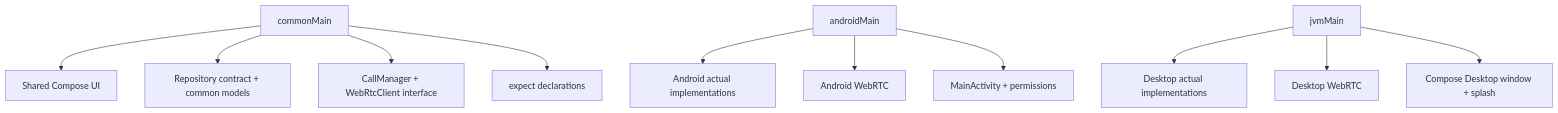
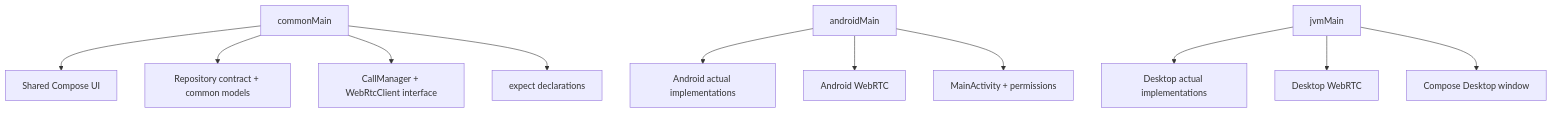
Before and after one commit to AhmadHasssan9181/orbit: the fourth of 24 diagrams in README.md, drawn with Mermaid. The commit also changed other lines of this file and 170 other files, not shown here.

````diff
--- a/README.md
+++ b/README.md
@@ -223,19 +223,19 @@
 ```mermaid
 flowchart TD
     Common["commonMain"]
     Android["androidMain"]
     Desktop["jvmMain"]
 
     Common --> SharedUI["Shared Compose UI"]
     Common --> SharedRepo["Repository contract + common models"]
     Common --> SharedCalls["CallManager + WebRtcClient interface"]
     Common --> ExpectUtils["expect declarations"]
 
     Android --> AndroidActuals["Android actual implementations"]
     Android --> AndroidRtc["Android WebRTC"]
     Android --> AndroidActivity["MainActivity + permissions"]
 
     Desktop --> DesktopActuals["Desktop actual implementations"]
     Desktop --> DesktopRtc["Desktop WebRTC"]
-    Desktop --> DesktopWindow["Compose Desktop window + splash"]
+    Desktop --> DesktopWindow["Compose Desktop window"]
 ```
````
